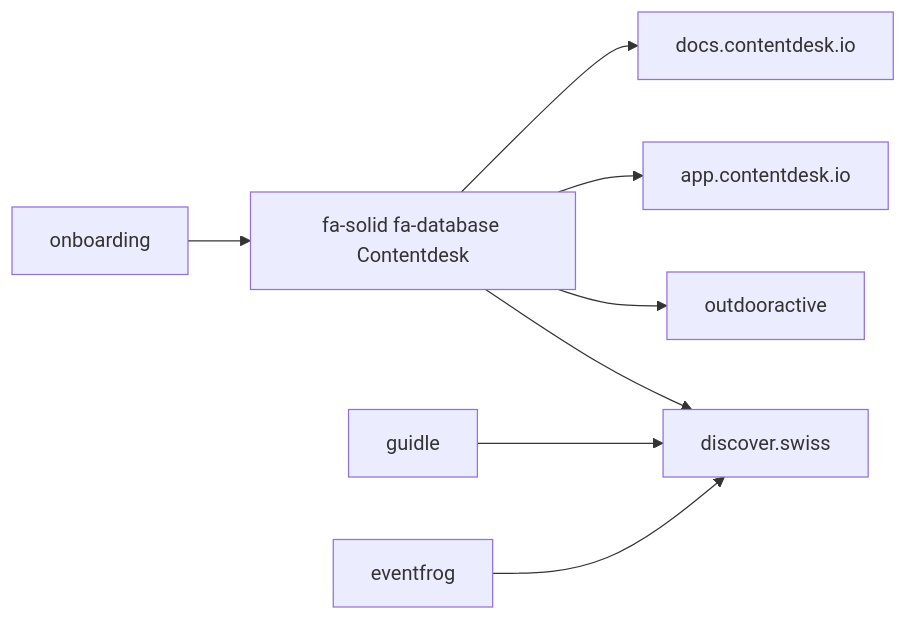
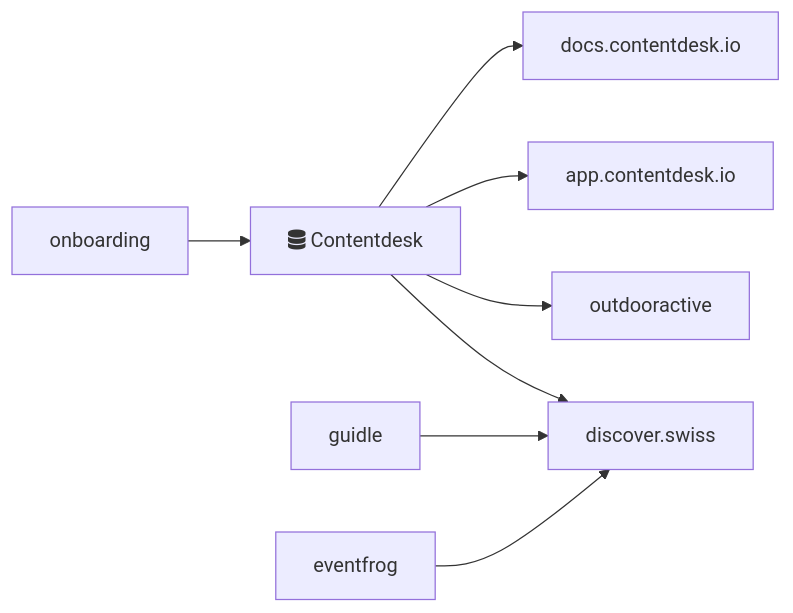
The second of 2 diagrams in docs/dev/index.md (tsolenthaler/docs.contentdesk.io), drawn with Mermaid before and after one commit. The commit also changed 1 other file, not shown here.

Commit message:
Refactor file paths and update navigation in mkdocs.yml

````diff
--- a/docs/dev/index.md
+++ b/docs/dev/index.md
@@ -24,13 +24,13 @@
 ``` mermaid
 flowchart LR
 
-    contentdesk[fa-solid fa-database Contentdesk]-->docs.contentdesk.io
+    contentdesk[fa:fa-database Contentdesk]-->docs.contentdesk.io
     contentdesk-->app.contentdesk.io
     contentdesk-->outdooractive
     contentdesk-->discover.swiss
 
     onboarding-->contentdesk
 
     guidle-->discover.swiss
     eventfrog-->discover.swiss
 ```
````
